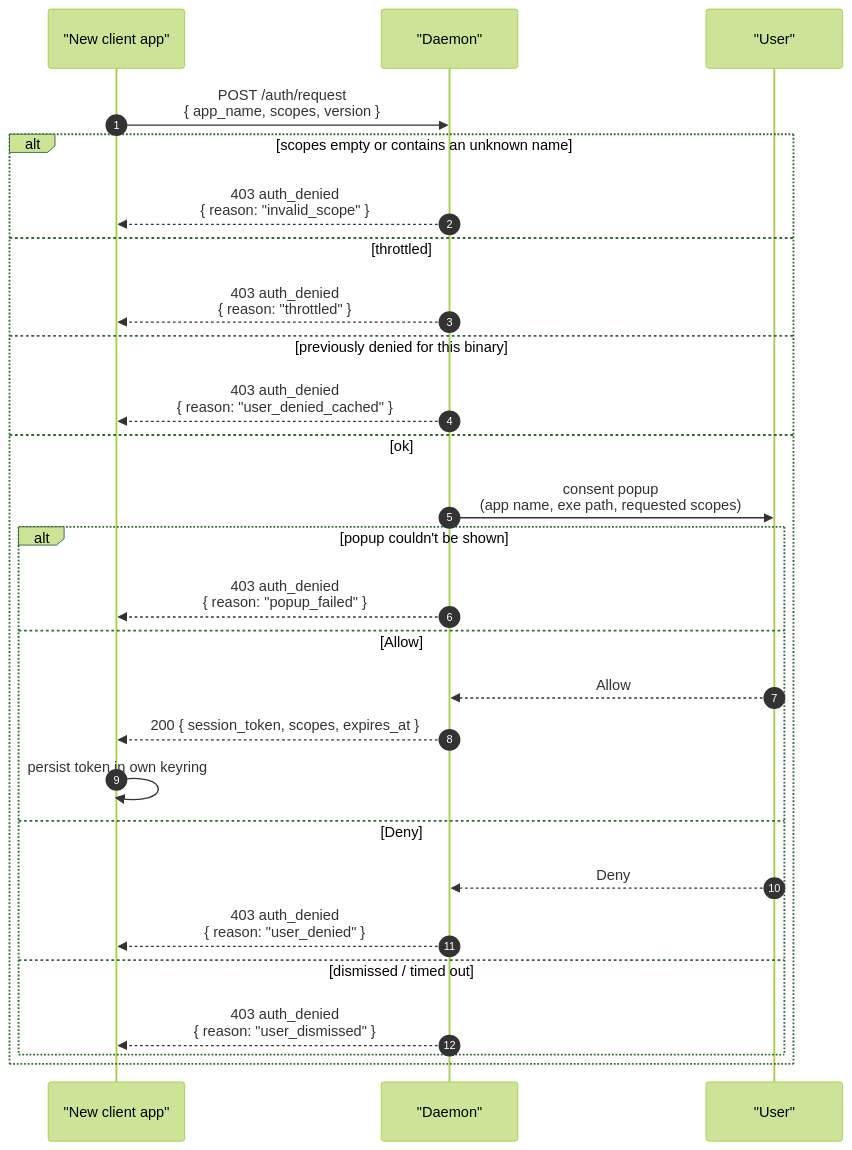
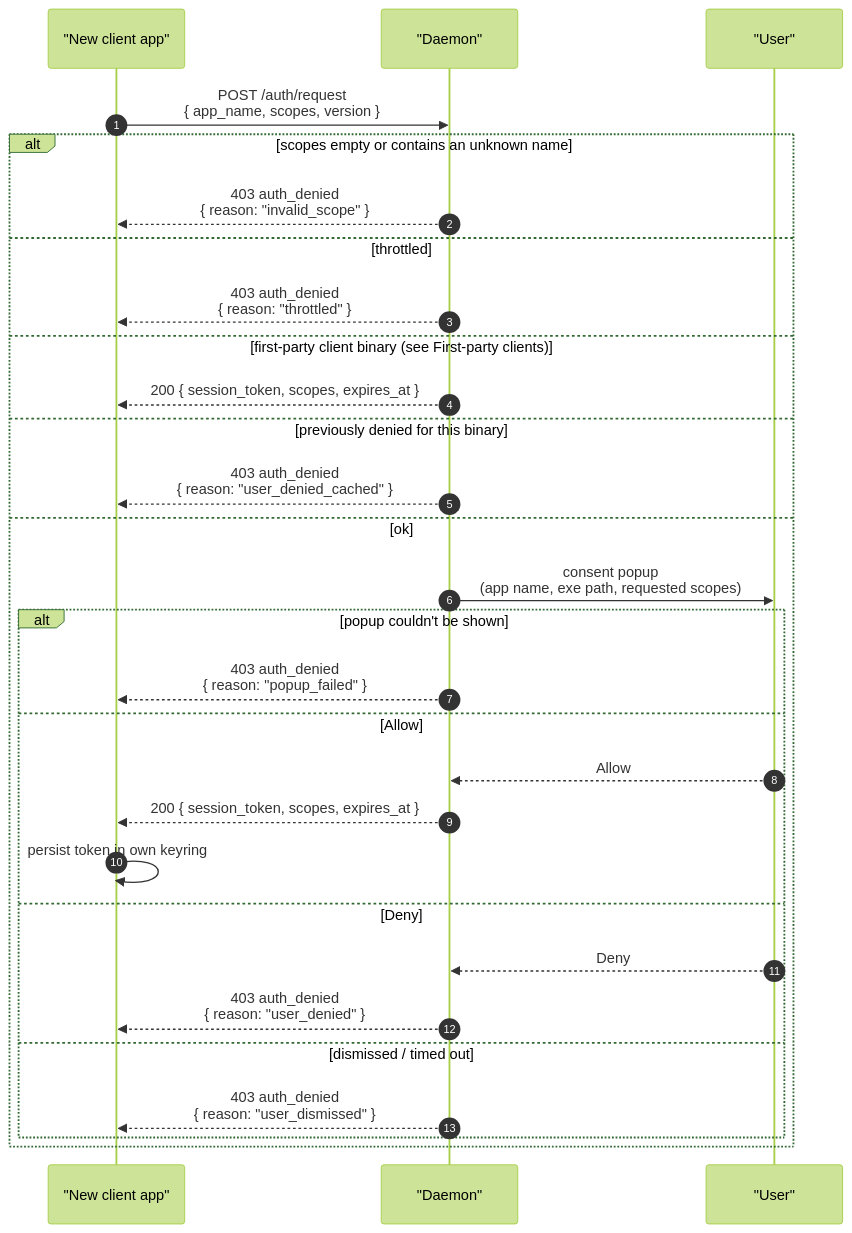
One commit to haydonryan/super-stt changed the diagram in docs/protocol/auth.md. Above: the diagram before and after it, drawn with Mermaid (forest theme). The commit also changed other lines of this file and 3 other files, not shown here.

Commit message:
Skip consent popup for first-party co-located clients (#311)

````diff
--- a/docs/protocol/auth.md
+++ b/docs/protocol/auth.md
@@ -148,32 +148,34 @@
 ```mermaid
 sequenceDiagram
     autonumber
     participant App as "New client app"
     participant D as "Daemon"
     participant U as "User"
 
     App->>D: POST /auth/request<br/>{ app_name, scopes, version }
 
     alt scopes empty or contains an unknown name
         D-->>App: 403 auth_denied<br/>{ reason: "invalid_scope" }
     else throttled
         D-->>App: 403 auth_denied<br/>{ reason: "throttled" }
+    else first-party client binary (see First-party clients)
+        D-->>App: 200 { session_token, scopes, expires_at }
     else previously denied for this binary
         D-->>App: 403 auth_denied<br/>{ reason: "user_denied_cached" }
     else ok
         D->>U: consent popup<br/>(app name, exe path, requested scopes)
 
         alt popup couldn't be shown
             D-->>App: 403 auth_denied<br/>{ reason: "popup_failed" }
         else Allow
             U-->>D: Allow
             D-->>App: 200 { session_token, scopes, expires_at }
             App->>App: persist token in own keyring
         else Deny
             U-->>D: Deny
             D-->>App: 403 auth_denied<br/>{ reason: "user_denied" }
         else dismissed / timed out
             D-->>App: 403 auth_denied<br/>{ reason: "user_dismissed" }
         end
     end
 ```
````
